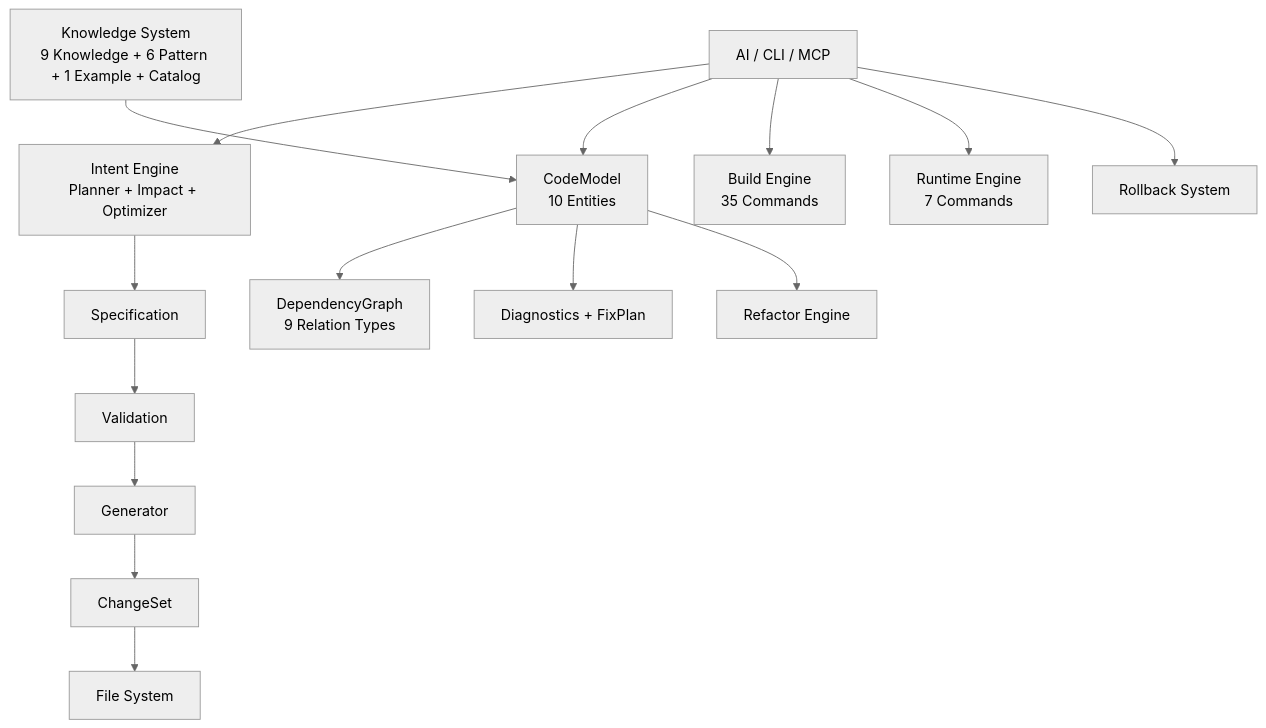
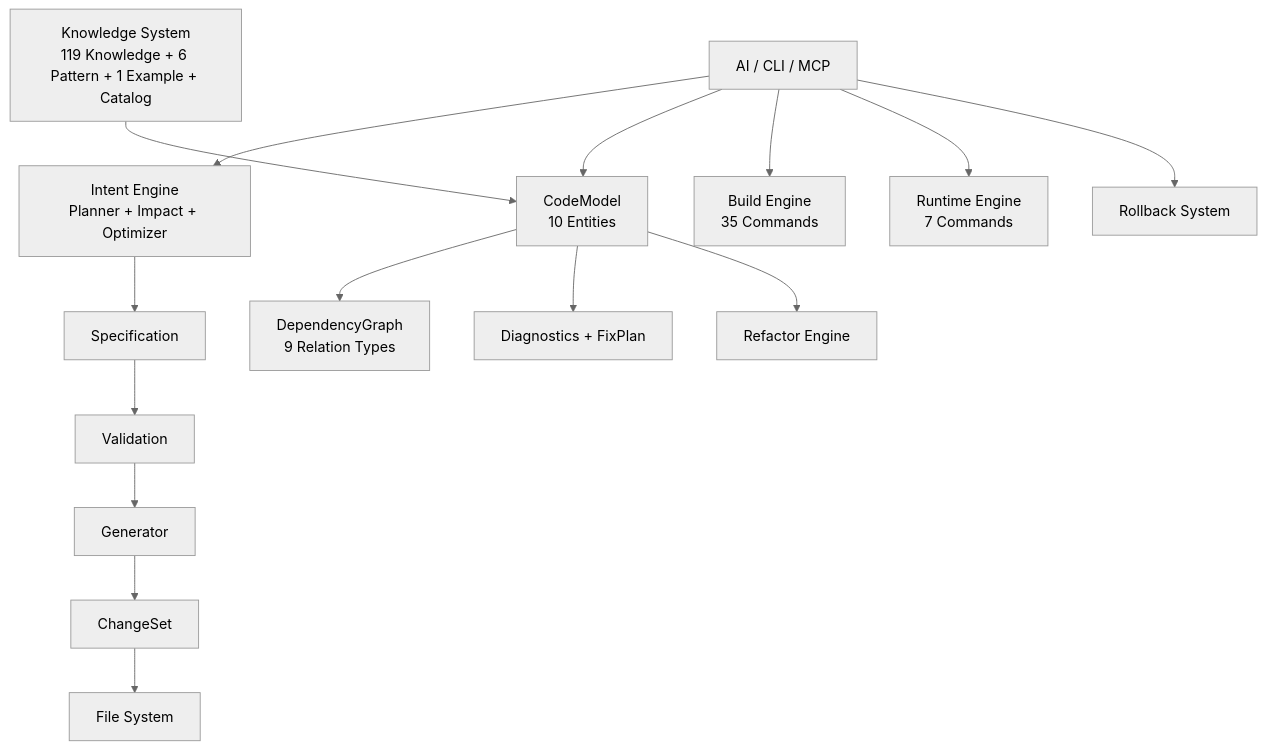
One commit to chenlei-gh/CADE changed the diagram in README.md. Above: the diagram before and after it, drawn with Mermaid (neutral theme). The commit also changed other lines of this file and 2 other files, not shown here.

First line of the commit message:
Update knowledge counts across all docs (9->19 Knowledge)

````diff
--- a/README.md
+++ b/README.md
@@ -188,20 +188,20 @@
 ```mermaid
 graph TD
     A[AI / CLI / MCP] --> P[Intent Engine<br/>Planner + Impact + Optimizer]
     P --> B[Specification]
     B --> C[Validation]
     C --> D[Generator]
     D --> E[ChangeSet]
     E --> F[File System]
 
     A --> G[CodeModel<br/>10 Entities]
     G --> H[DependencyGraph<br/>9 Relation Types]
     G --> I[Diagnostics + FixPlan]
     G --> J[Refactor Engine]
 
     A --> K[Build Engine<br/>35 Commands]
     A --> L[Runtime Engine<br/>7 Commands]
     A --> M[Rollback System]
 
-    N[Knowledge System<br/>9 Knowledge + 6 Pattern + 1 Example + Catalog] --> G
+    N[Knowledge System<br/>119 Knowledge + 6 Pattern + 1 Example + Catalog] --> G
 ```
````
